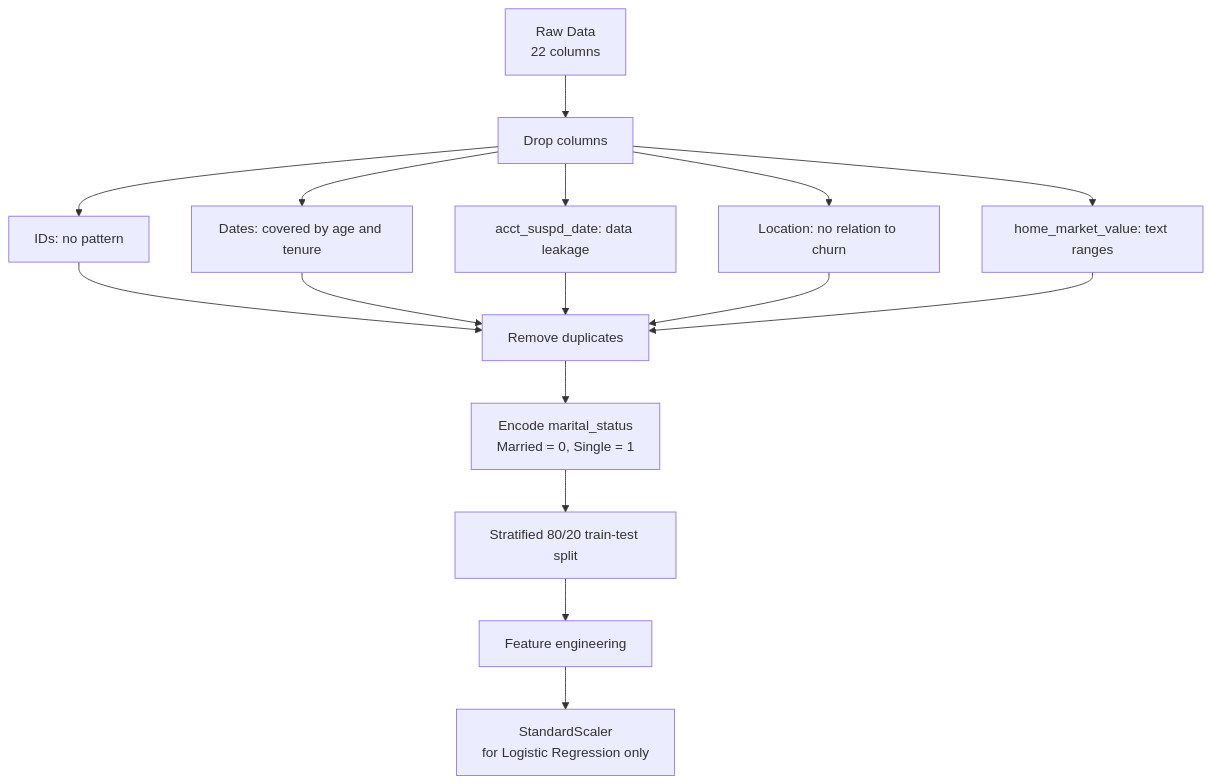
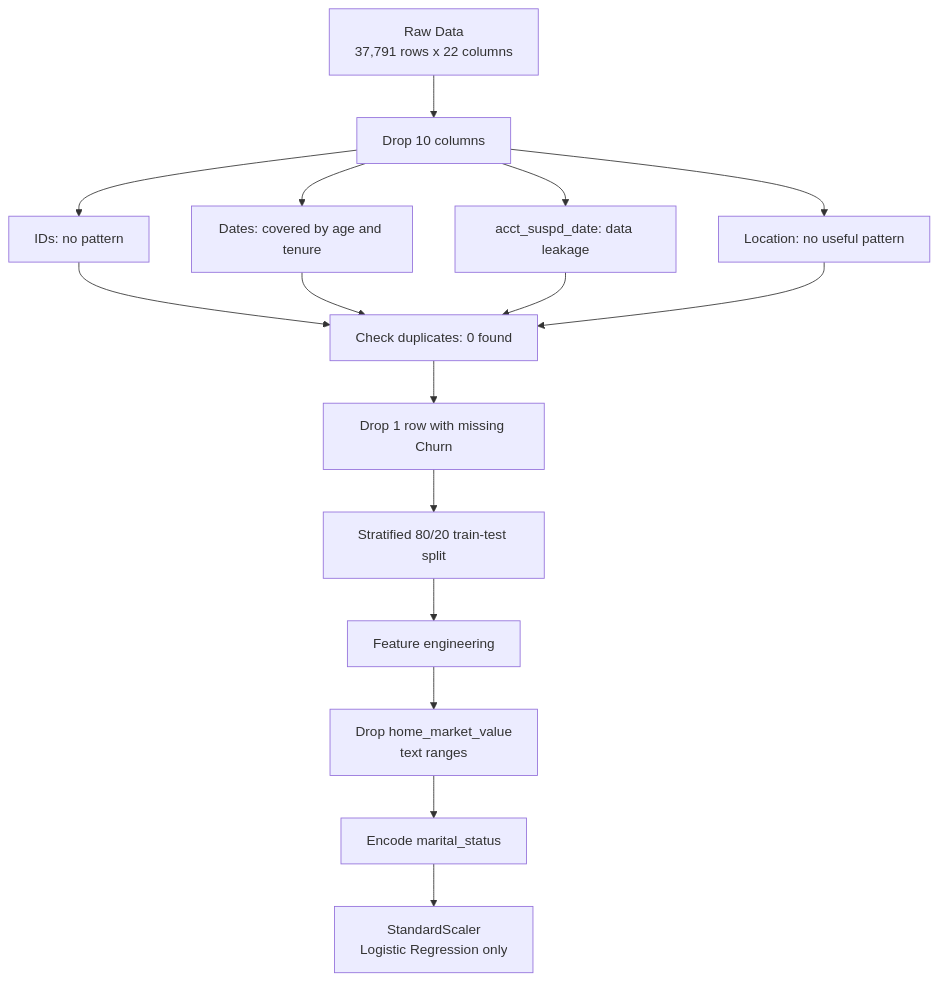
Before and after one commit to sidhantds/Insurance-Churn-Prediction: the third of 7 diagrams in README.md, drawn with Mermaid. The commit also changed other lines of this file, not shown here.

````diff
--- a/README.md
+++ b/README.md
@@ -75,14 +76,15 @@
 ```mermaid
 flowchart TD
-    A[Raw Data<br/>22 columns] --> B[Drop columns]
+    A[Raw Data<br/>37,791 rows x 22 columns] --> B[Drop 10 columns]
     B --> B1[IDs: no pattern]
     B --> B2[Dates: covered by age and tenure]
     B --> B3[acct_suspd_date: data leakage]
-    B --> B4[Location: no relation to churn]
-    B --> B5[home_market_value: text ranges]
-    B1 & B2 & B3 & B4 & B5 --> C[Remove duplicates]
-    C --> D[Encode marital_status<br/>Married = 0, Single = 1]
+    B --> B4[Location: no useful pattern]
+    B1 & B2 & B3 & B4 --> C[Check duplicates: 0 found]
+    C --> D[Drop 1 row with missing Churn]
     D --> E[Stratified 80/20 train-test split]
     E --> F[Feature engineering]
-    F --> G[StandardScaler<br/>for Logistic Regression only]
+    F --> G[Drop home_market_value<br/>text ranges]
+    G --> H[Encode marital_status]
+    H --> I[StandardScaler<br/>Logistic Regression only]
 ```
````
